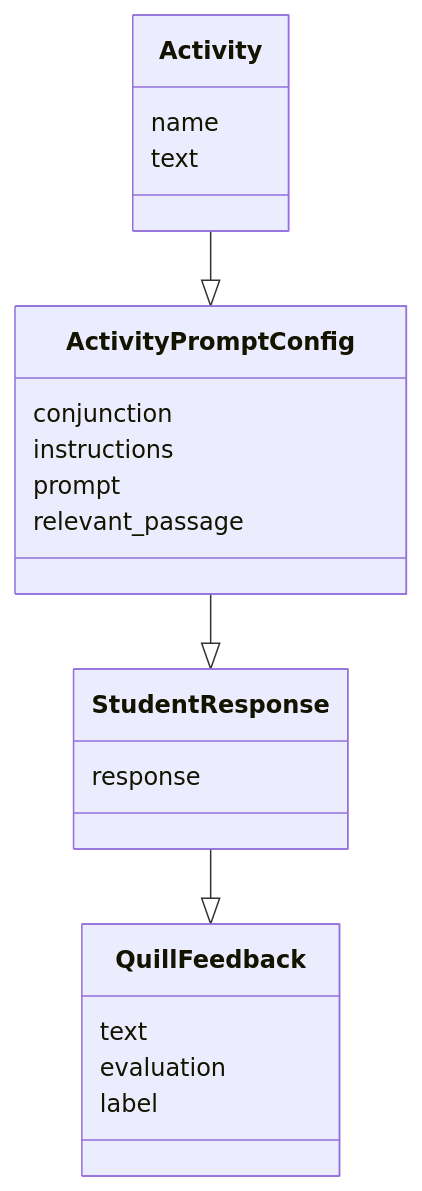
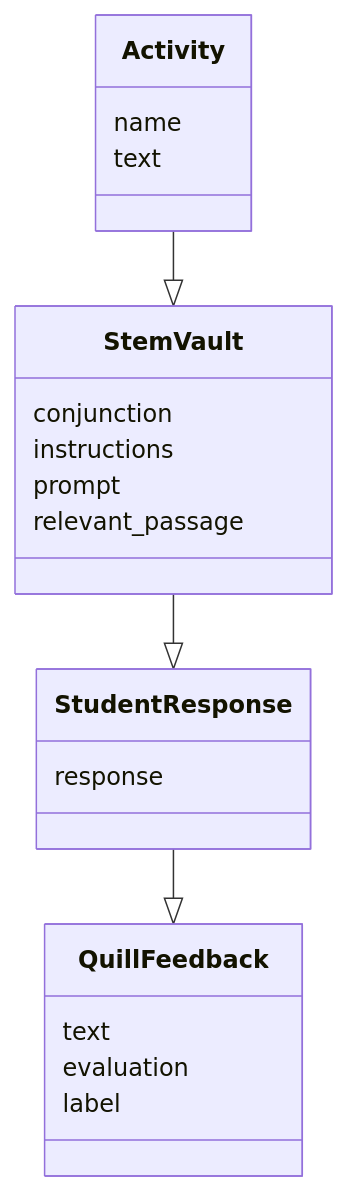
The first of 3 diagrams in services/QuillLMS/engines/evidence/app/models/evidence/research/readme.md (empirical-org/Empirical-Core), drawn with Mermaid before and after one commit. The commit also changed other lines of this file and 34 other files, not shown here.

Commit message:
Rename activity_prompt_config to stem_vault

````diff
--- a/services/QuillLMS/engines/evidence/app/models/evidence/research/readme.md
+++ b/services/QuillLMS/engines/evidence/app/models/evidence/research/readme.md
@@ -5,24 +5,24 @@
 ```mermaid
 classDiagram
     class Activity {
          name
          text
     }
-    class ActivityPromptConfig {
+    class StemVault {
          conjunction
          instructions
          prompt
          relevant_passage
     }
     class StudentResponse {
          response
     }
     class QuillFeedback {
          text
          evaluation
          label
     }
-    Activity --|> ActivityPromptConfig
-    ActivityPromptConfig --|> StudentResponse
+    Activity --|> StemVault
+    StemVault --|> StudentResponse
     StudentResponse --|> QuillFeedback
 ```
````
